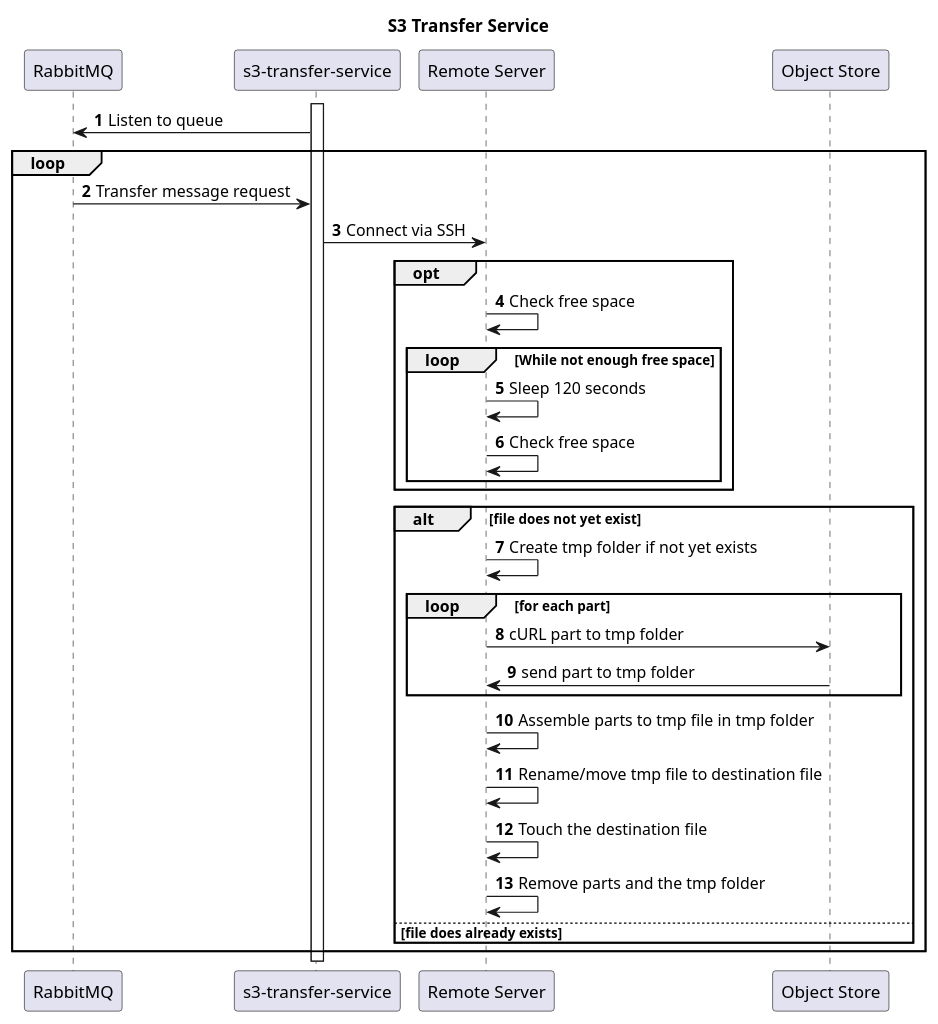
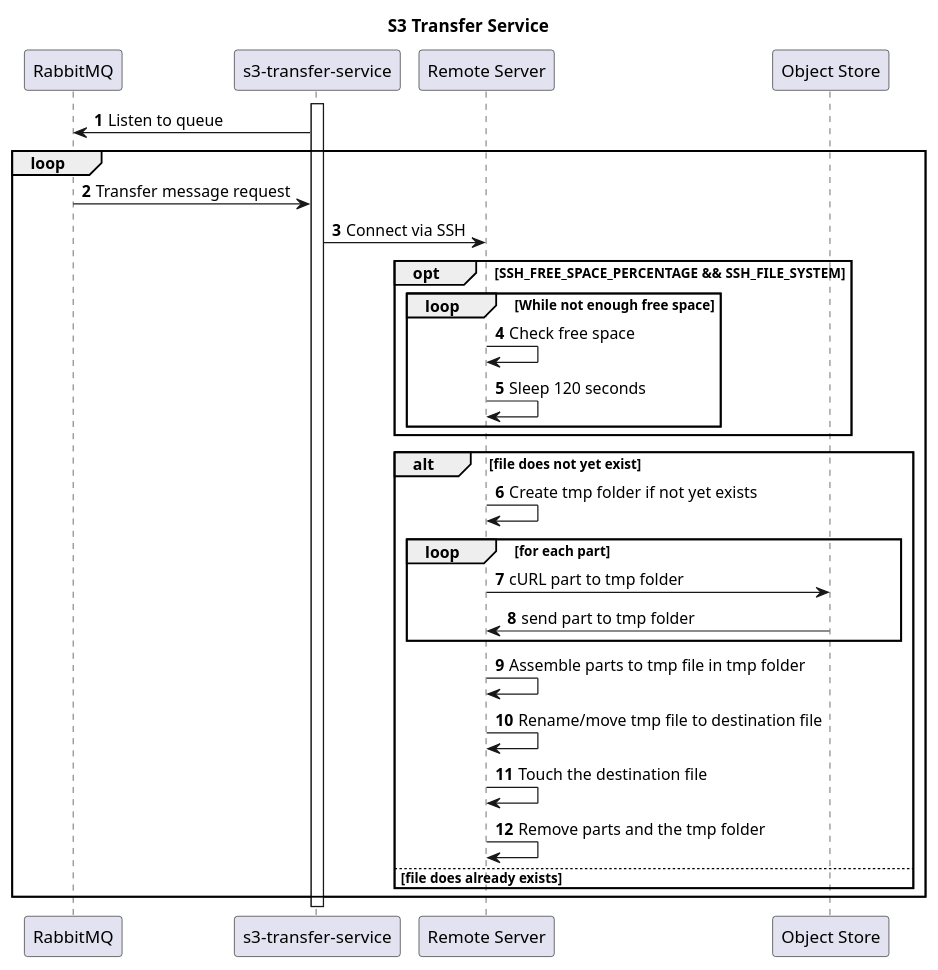
One commit to viaacode/transfer-service changed the diagram in docs/s3-t-s_sequence-diagram.plantuml. Above: the diagram before and after it, drawn with PlantUML. The commit also changed 1 other file, not shown here.

```diff
--- a/docs/s3-t-s_sequence-diagram.plantuml
+++ b/docs/s3-t-s_sequence-diagram.plantuml
@@ -1,38 +1,37 @@
 @startuml s3-transfer-service
 
 autonumber
 
 title S3 Transfer Service
 
 participant rabbit as "RabbitMQ"
 participant sts as "s3-transfer-service"
 participant tra as "Remote Server"
 participant os as "Object Store"
 
 activate sts
 sts -> rabbit: Listen to queue
 loop
     rabbit -> sts: Transfer message request
     sts -> tra: Connect via SSH
-    opt
-        tra -> tra: Check free space
+    opt SSH_FREE_SPACE_PERCENTAGE && SSH_FILE_SYSTEM
         loop While not enough free space
-                tra -> tra: Sleep 120 seconds
-                tra -> tra: Check free space
+            tra -> tra: Check free space
+            tra -> tra: Sleep 120 seconds
         end
     end
     alt file does not yet exist
         tra -> tra: Create tmp folder if not yet exists
         loop for each part
         tra -> os: cURL part to tmp folder
         os -> tra: send part to tmp folder
         end
         tra -> tra: Assemble parts to tmp file in tmp folder
         tra -> tra: Rename/move tmp file to destination file
         tra -> tra: Touch the destination file
         tra -> tra: Remove parts and the tmp folder
     else file does already exists
     end
 end
 
 @enduml
```
